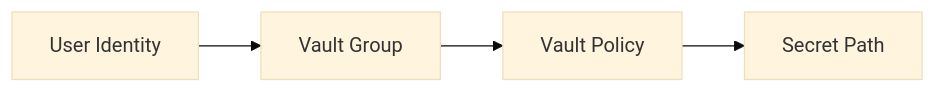
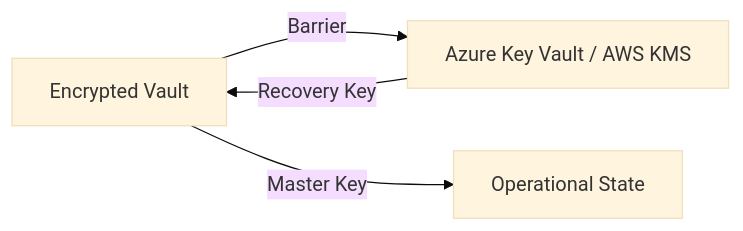
One commit to Devopstrio/vault-central-management changed the seventh of 10 diagrams in README.md. Above: the diagram before and after it, drawn with Mermaid (base theme). The commit also changed other lines of this file, not shown here.

Commit message:
docs: implement 10+ professional reference architectures and zero-trust model

````diff
--- a/README.md
+++ b/README.md
@@ -123,6 +206,6 @@
 ```mermaid
 graph LR
-    ID[User Identity] --> Group[Vault Group]
-    Group --> Policy[Vault Policy]
-    Policy --> Path[Secret Path]
+    Vault[Encrypted Vault] -->|Barrier| KMS[Azure Key Vault / AWS KMS]
+    KMS -->|Recovery Key| Vault
+    Vault -->|Master Key| Unsealed[Operational State]
 ```
````
